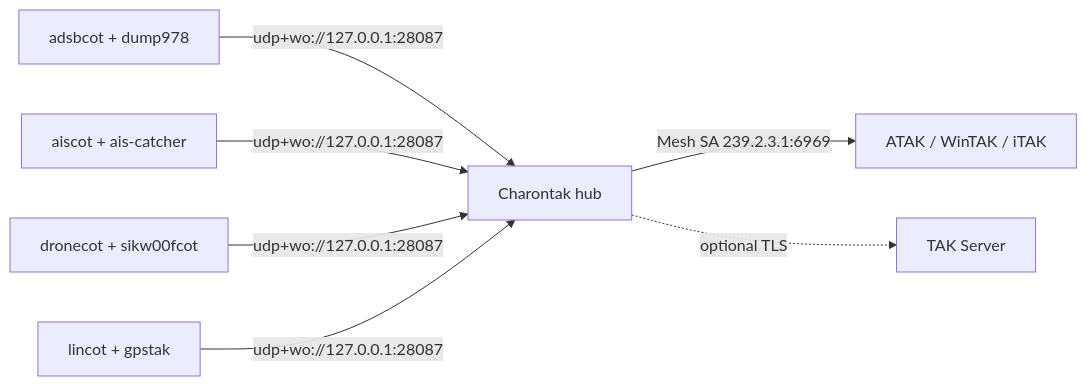
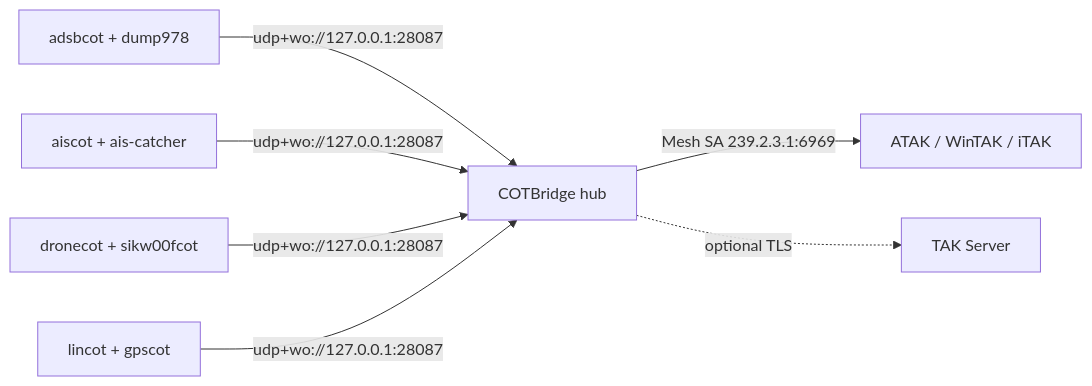
The diagram in docs/deploy/multi-sensor.md (snstac/aryaos), drawn with Mermaid before and after one commit. The commit also changed other lines of this file and 180 other files, not shown here.

````diff
--- a/docs/deploy/multi-sensor.md
+++ b/docs/deploy/multi-sensor.md
@@ -34,10 +34,10 @@
 ```mermaid
 flowchart LR
     ADSB[adsbcot + dump978] 
     AIS[aiscot + ais-catcher]
     DRONE[dronecot + sikw00fcot]
-    POS[lincot + gpstak]
-    ADSB & AIS & DRONE & POS -->|udp+wo://127.0.0.1:28087| H[Charontak hub]
+    POS[lincot + gpscot]
+    ADSB & AIS & DRONE & POS -->|udp+wo://127.0.0.1:28087| H[COTBridge hub]
     H -->|Mesh SA 239.2.3.1:6969| E[ATAK / WinTAK / iTAK]
     H -.->|optional TLS| S[TAK Server]
 ```
````
